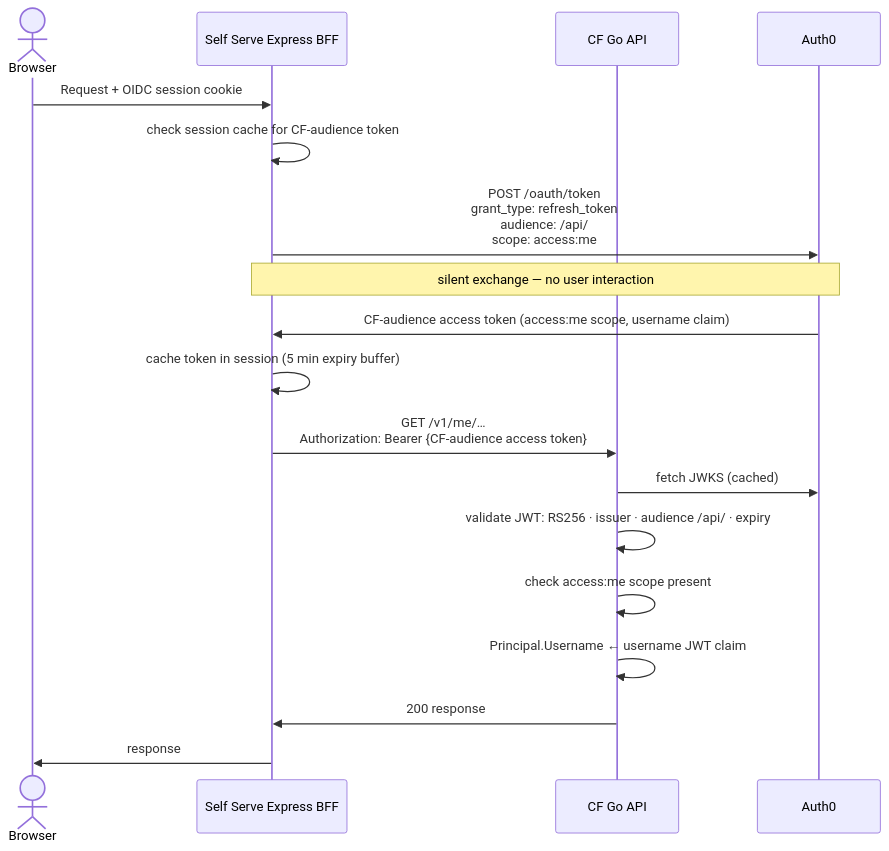
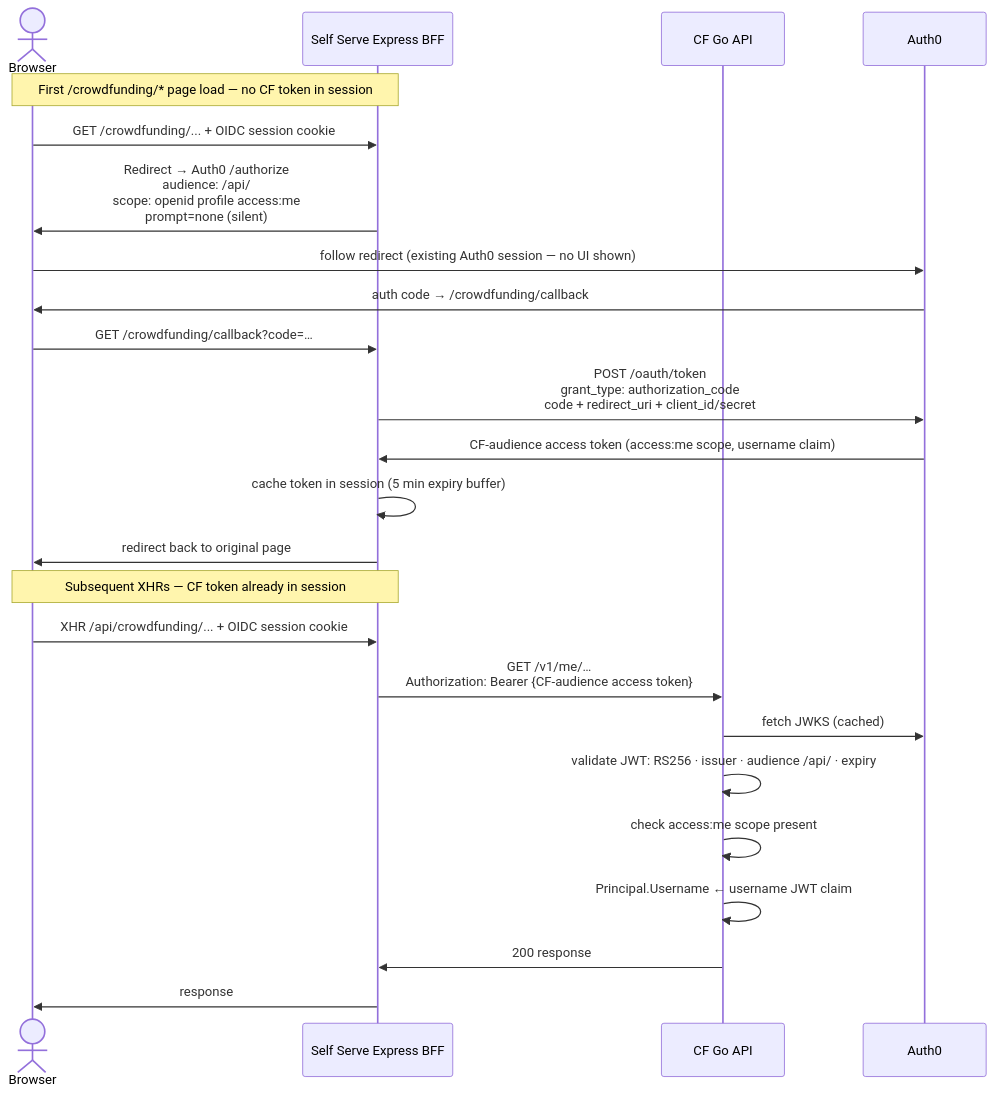
Before and after one commit to linuxfoundation/lfx-crowdfunding: the fifth of 8 diagrams in backend/docs/rewrite/09-authentication-architecture.md, drawn with Mermaid. The commit also changed other lines of this file and 1 other file, not shown here.

First line of the commit message:
docs: update SS auth flow to reflect second auth-code flow (not refresh exchange)

````diff
--- a/backend/docs/rewrite/09-authentication-architecture.md
+++ b/backend/docs/rewrite/09-authentication-architecture.md
@@ -201,21 +207,28 @@
 ```mermaid
 sequenceDiagram
     actor User as Browser
     participant SSBFF as Self Serve Express BFF
     participant API as CF Go API
     participant Auth0
 
-    User->>SSBFF: Request + OIDC session cookie
-    SSBFF->>SSBFF: check session cache for CF-audience token
-    SSBFF->>Auth0: POST /oauth/token<br/>grant_type: refresh_token<br/>audience: /api/<br/>scope: access:me
-    Note over SSBFF,Auth0: silent exchange — no user interaction
+    Note over User,SSBFF: First /crowdfunding/* page load — no CF token in session
+    User->>SSBFF: GET /crowdfunding/... + OIDC session cookie
+    SSBFF->>User: Redirect → Auth0 /authorize<br/>audience: /api/<br/>scope: openid profile access:me<br/>prompt=none (silent)
+    User->>Auth0: follow redirect (existing Auth0 session — no UI shown)
+    Auth0->>User: auth code → /crowdfunding/callback
+    User->>SSBFF: GET /crowdfunding/callback?code=…
+    SSBFF->>Auth0: POST /oauth/token<br/>grant_type: authorization_code<br/>code + redirect_uri + client_id/secret
     Auth0->>SSBFF: CF-audience access token (access:me scope, username claim)
     SSBFF->>SSBFF: cache token in session (5 min expiry buffer)
+    SSBFF->>User: redirect back to original page
+
+    Note over User,SSBFF: Subsequent XHRs — CF token already in session
+    User->>SSBFF: XHR /api/crowdfunding/... + OIDC session cookie
     SSBFF->>API: GET /v1/me/…<br/>Authorization: Bearer {CF-audience access token}
     API->>Auth0: fetch JWKS (cached)
     API->>API: validate JWT: RS256 · issuer · audience /api/ · expiry
     API->>API: check access:me scope present
     API->>API: Principal.Username ← username JWT claim
     API->>SSBFF: 200 response
     SSBFF->>User: response
 ```
````
